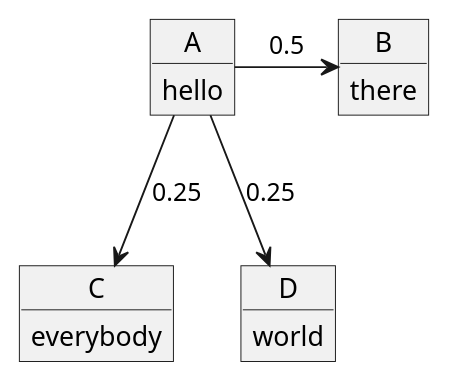
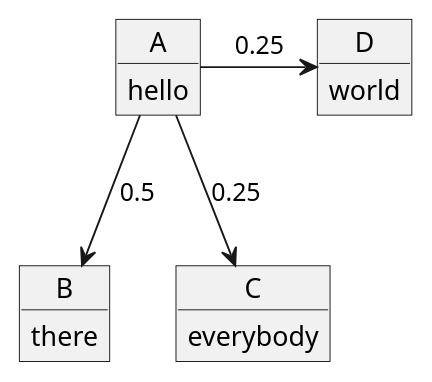
The seventh of 7 diagrams in src/docs/asciidoc/index.adoc (jezhiggins/a-very-small-language-model), drawn with PlantUML before and after one commit. The commit also changed other lines of this file and 4 other files, not shown here.

```diff
--- a/src/docs/asciidoc/index.adoc
+++ b/src/docs/asciidoc/index.adoc
@@ -407,14 +407,14 @@
 [plantuml, state-diagram-6, svg, width=600]
 ----
 object A
 A : hello
 object B
 B : there
 object C
 C : everybody
 object D
 D : world
-A -r-> B : 0.5
+A --> B : 0.5
 A --> C : 0.25
-A --> D : 0.25
+A -r-> D : 0.25
 ----
```
